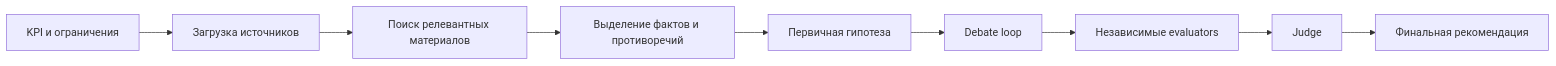
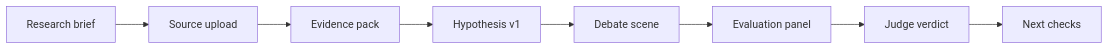
The diagram in docs/product/02-User-Flow.md (KroJIak/hypothesis-court), drawn with Mermaid before and after one commit. The commit also changed other lines of this file and 35 other files, not shown here.

````diff
--- a/docs/product/02-User-Flow.md
+++ b/docs/product/02-User-Flow.md
@@ -24,11 +23,10 @@
 ```mermaid
 flowchart LR
-    A[KPI и ограничения] --> B[Загрузка источников]
-    B --> C[Поиск релевантных материалов]
-    C --> D[Выделение фактов и противоречий]
-    D --> E[Первичная гипотеза]
-    E --> F[Debate loop]
-    F --> G[Независимые evaluators]
-    G --> H[Judge]
-    H --> I[Финальная рекомендация]
+    A[Research brief] --> B[Source upload]
+    B --> C[Evidence pack]
+    C --> D[Hypothesis v1]
+    D --> E[Debate scene]
+    E --> F[Evaluation panel]
+    F --> G[Judge verdict]
+    G --> H[Next checks]
 ```
````
